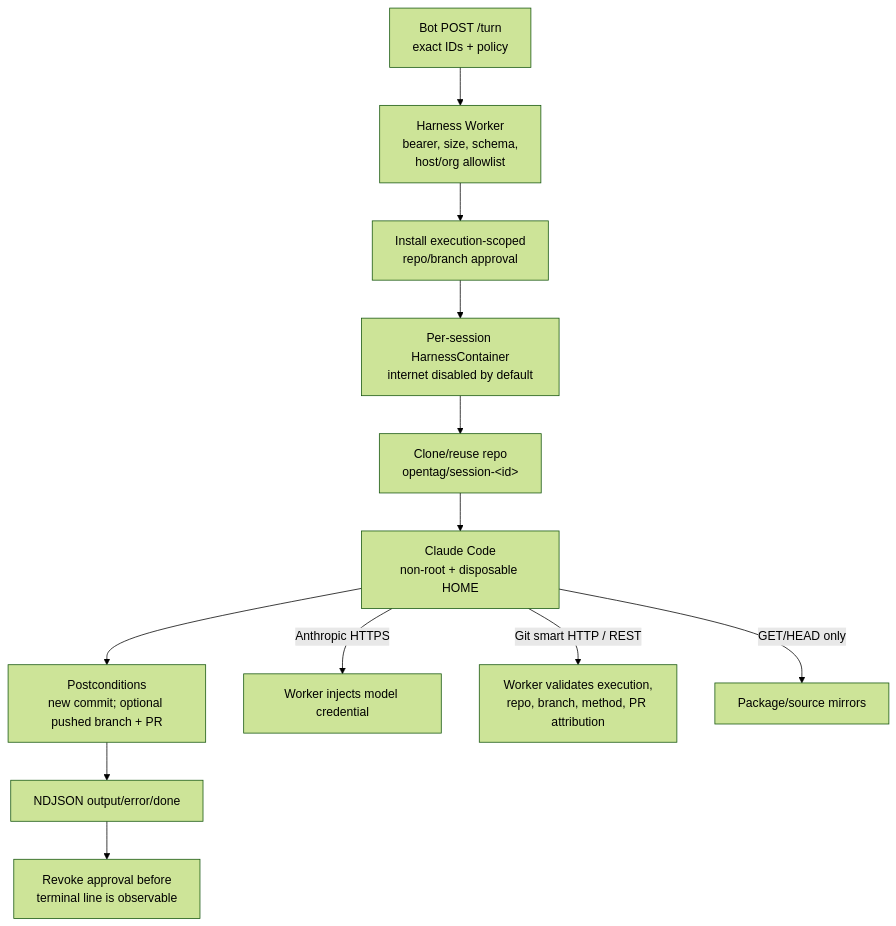
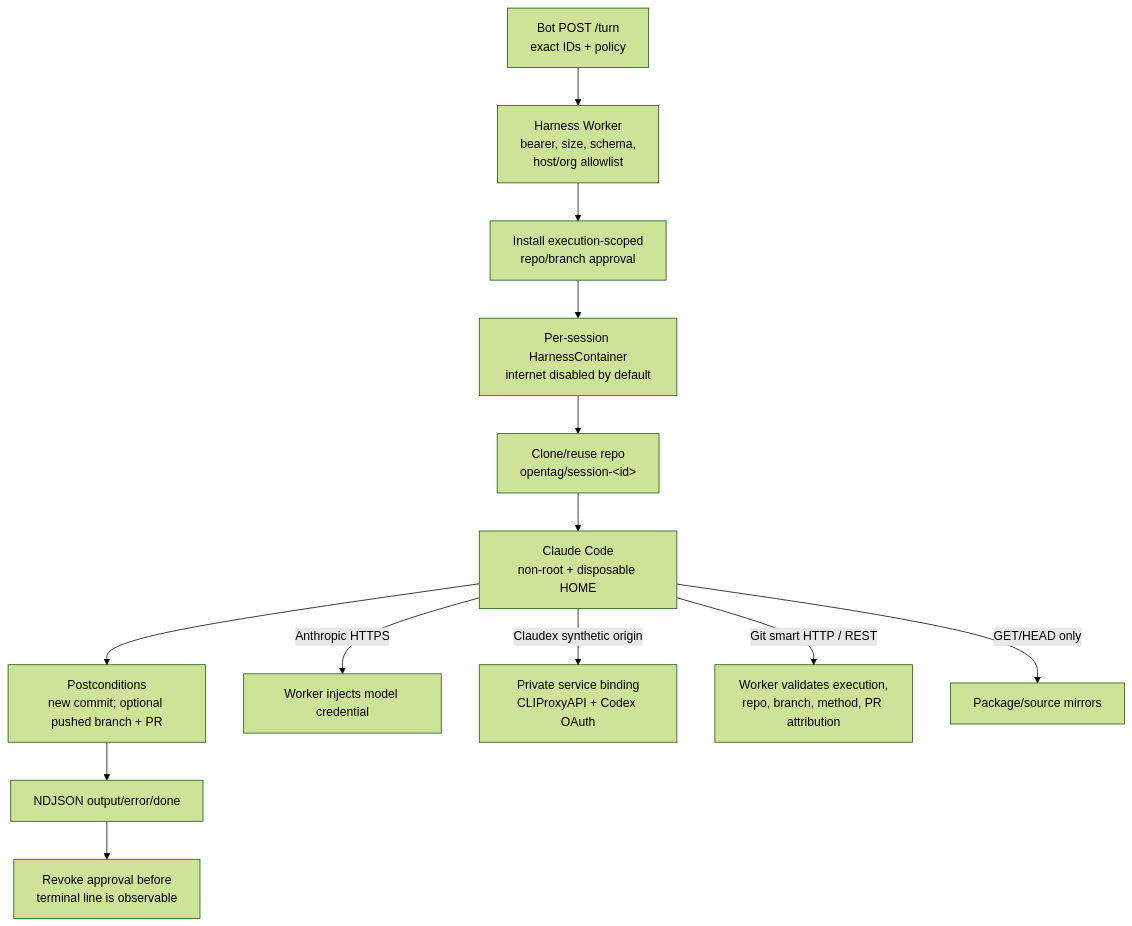
The fifth of 6 diagrams in ARCHITECTURE.md (wcordelo/opentag), drawn with Mermaid (forest theme) before and after one commit. The commit also changed other lines of this file and 14 other files, not shown here.

Commit message:
Document production Claudex architecture

````diff
--- a/ARCHITECTURE.md
+++ b/ARCHITECTURE.md
@@ -329,15 +340,16 @@
 ```mermaid
 flowchart TB
     Turn["Bot POST /turn<br/>exact IDs + policy"] --> Validate["Harness Worker<br/>bearer, size, schema,<br/>host/org allowlist"]
     Validate --> Scope["Install execution-scoped<br/>repo/branch approval"]
     Scope --> Container["Per-session HarnessContainer<br/>internet disabled by default"]
     Container --> Clone["Clone/reuse repo<br/>opentag/session-&lt;id&gt;"]
     Clone --> Claude["Claude Code<br/>non-root + disposable HOME"]
     Claude --> Verify["Postconditions<br/>new commit; optional pushed branch + PR"]
     Verify --> Stream["NDJSON output/error/done"]
     Stream --> Revoke["Revoke approval before<br/>terminal line is observable"]
 
     Claude -->|"Anthropic HTTPS"| Anthropic["Worker injects model credential"]
+    Claude -->|"Claudex synthetic origin"| Claudex["Private service binding<br/>CLIProxyAPI + Codex OAuth"]
     Claude -->|"Git smart HTTP / REST"| GitHub["Worker validates execution,<br/>repo, branch, method, PR attribution"]
     Claude -->|"GET/HEAD only"| Mirrors["Package/source mirrors"]
 ```
````
